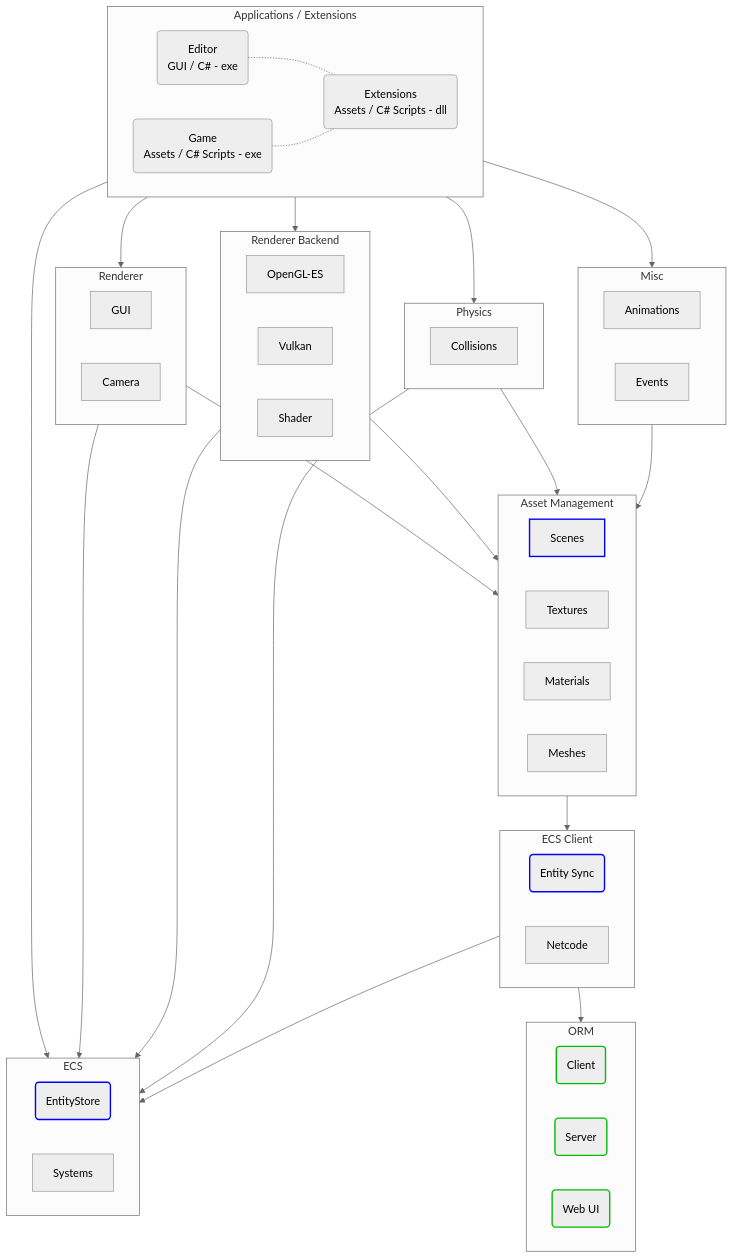
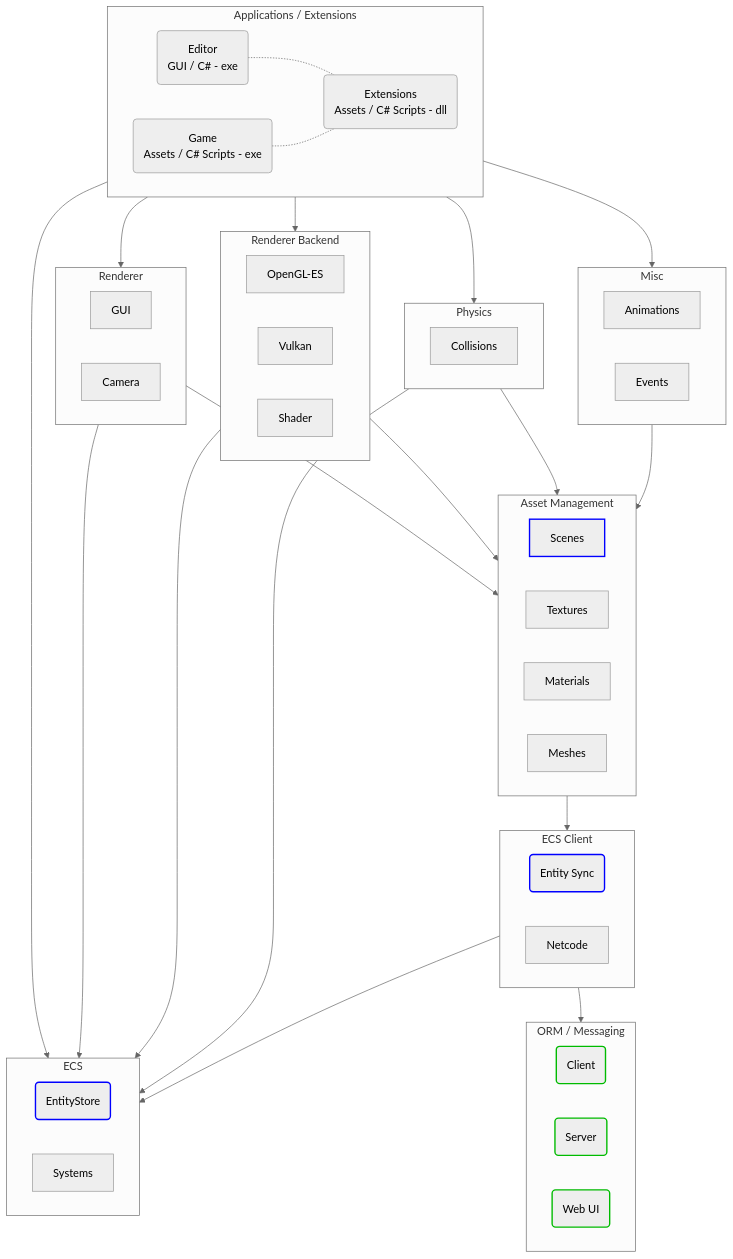
One commit to friflo/Friflo.Json.Fliox changed the first of 3 diagrams in Engine/README.md. Above: the diagram before and after it, drawn with Mermaid (neutral theme). The commit also changed other lines of this file, not shown here.

Commit message:
Engine - update architecture diagram

````diff
--- a/Engine/README.md
+++ b/Engine/README.md
@@ -26,78 +26,78 @@
 ```mermaid
   graph TD;
     classDef finished       stroke:#0b0,stroke-width:2px;
     classDef implemented    stroke:#00f,stroke-width:2px;
 
     subgraph Applications[Applications / Extensions];
         Editor(Editor<br/>GUI / C# - exe);
         Game(Game<br/>Assets / C# Scripts - exe);
         Extensions(Extensions<br/>Assets / C# Scripts - dll);
     end
 
     Editor  -.-Extensions;
     Game    -.-Extensions;
 
     subgraph Renderer;
         GUI
         Camera
     end
 
     subgraph Backend[Renderer Backend];
         OpenGL-ES
         Vulkan
         Shader
     end
 
     subgraph Physics;
         Collisions
     end
     
     subgraph Misc;
         Animations
         Events
     end
 
     subgraph Assets[Asset Management];
         Scenes:::implemented
         Textures
         Materials
         Meshes
         Animations
     end
 
     subgraph ECS-Client[ECS Client];
         Sync(Entity Sync):::implemented;
         Netcode;
     end
 
-    subgraph ORM[ORM];
+    subgraph ORM[ORM / Messaging];
         Client(Client):::finished
         Server(Server):::finished
         WebUI(Web UI):::finished
     end
 
     subgraph ECS;
         EntityStore(EntityStore):::implemented
         Systems
     end
 
     Applications    -->Renderer
     Applications    -->Backend
     Applications    -->Physics
     Applications    -->Misc
     Applications    -->ECS
 
     Renderer    -->ECS
     Backend     -->ECS
     Physics     -->ECS
 
     Renderer    -->Assets
     Backend     -->Assets
     Physics     -->Assets
     Misc        -->Assets
 
     Assets      -->ECS-Client
 
     ECS-Client  -->ECS
     ECS-Client  -->ORM
 ```
````
